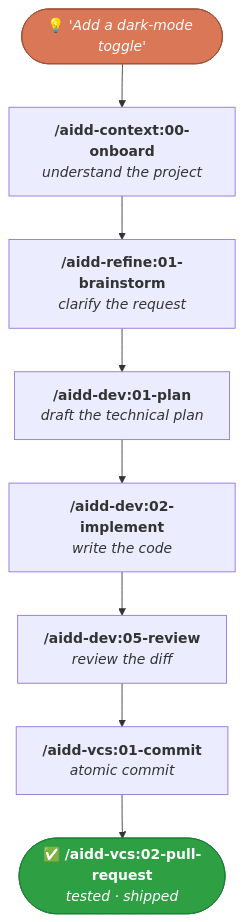
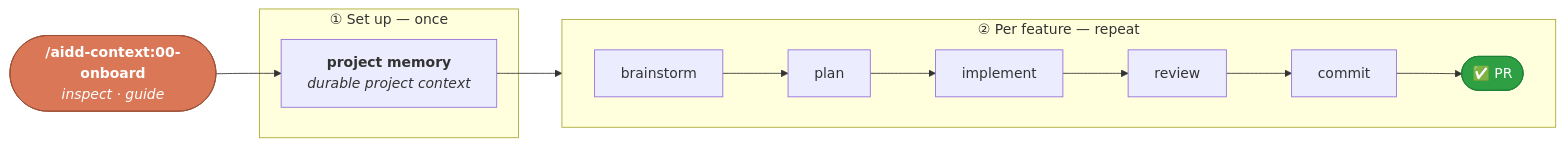
The diagram in README.md (ai-driven-dev/framework), drawn with Mermaid before and after one commit. The commit also changed other lines of this file and 4 other files, not shown here.

````diff
--- a/README.md
+++ b/README.md
@@ -80,18 +39,20 @@
 ```mermaid
-flowchart TD
-    Idea(["💡 <i>'Add a dark-mode toggle'</i>"])
-    Onboard["<b>/aidd-context:00-onboard</b><br/><i>understand the project</i>"]
-    Brainstorm["<b>/aidd-refine:01-brainstorm</b><br/><i>clarify the request</i>"]
-    Plan["<b>/aidd-dev:01-plan</b><br/><i>draft the technical plan</i>"]
-    Implement["<b>/aidd-dev:02-implement</b><br/><i>write the code</i>"]
-    Review["<b>/aidd-dev:05-review</b><br/><i>review the diff</i>"]
-    Commit["<b>/aidd-vcs:01-commit</b><br/><i>atomic commit</i>"]
-    PR(["✅ <b>/aidd-vcs:02-pull-request</b><br/><i>tested · shipped</i>"])
+flowchart LR
+    Onboard(["<b>/aidd-context:00-onboard</b><br/><i>inspect · guide</i>"])
 
-    Idea --> Onboard --> Brainstorm --> Plan --> Implement --> Review --> Commit --> PR
+    subgraph setup["① Set up — once"]
+      Memory["<b>project memory</b><br/><i>durable project context</i>"]
+    end
 
-    classDef start fill:#D97757,stroke:#9c4f37,color:#fff;
+    subgraph loop["② Per feature — repeat"]
+      direction LR
+      B["brainstorm"] --> P["plan"] --> I["implement"] --> R["review"] --> C["commit"] --> PR(["✅ PR"])
+    end
+
+    Onboard --> Memory --> B
+
+    classDef hub fill:#D97757,stroke:#9c4f37,color:#fff;
     classDef done fill:#2ea043,stroke:#1a7f37,color:#fff;
-    class Idea start;
+    class Onboard hub;
     class PR done;
 ```
````
